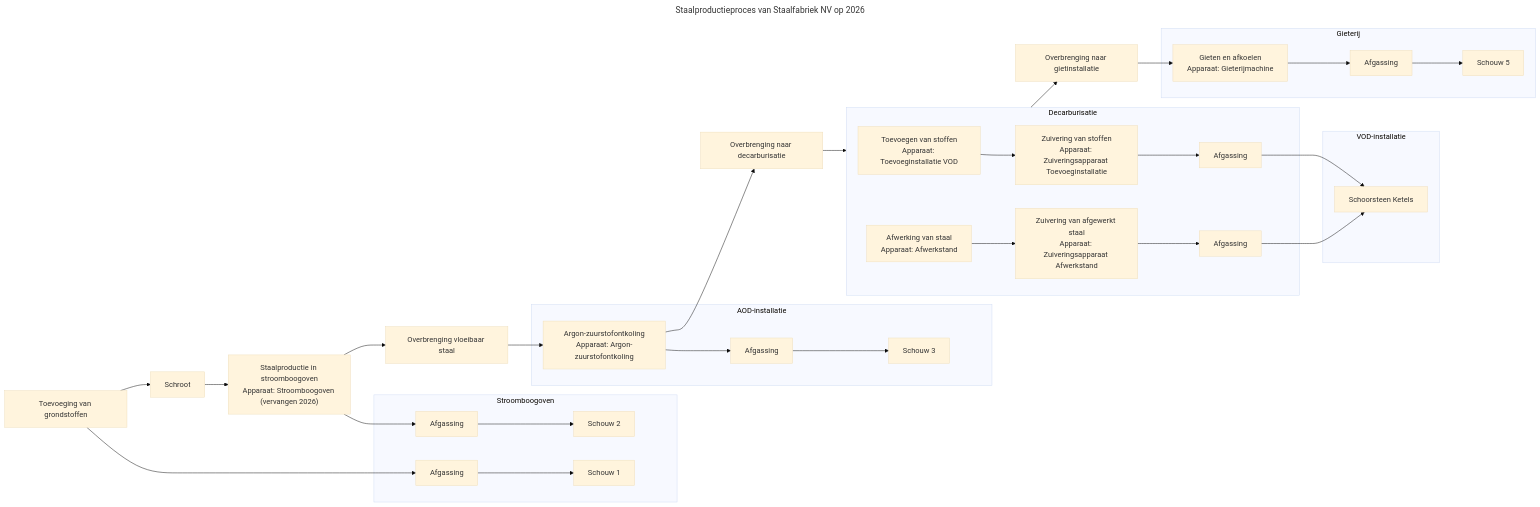
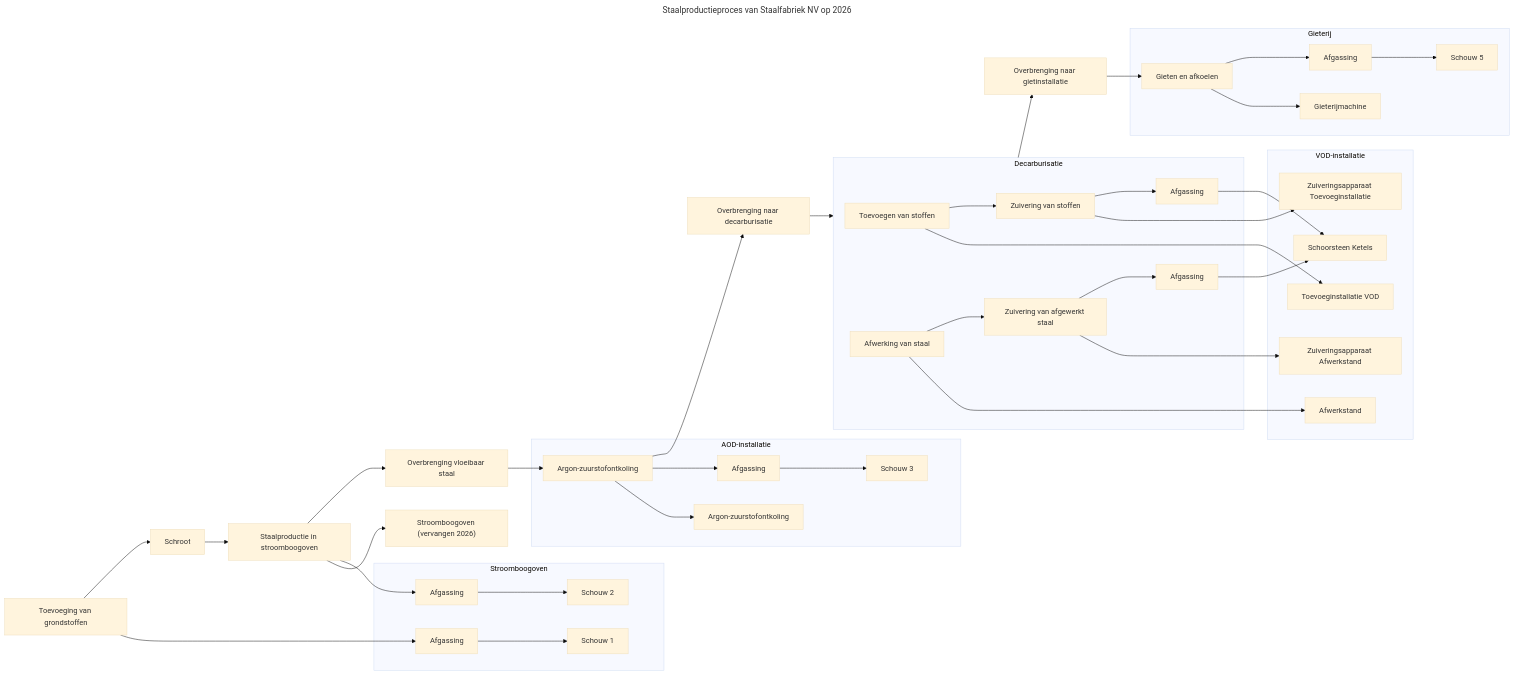
The diagram in documentatie/bin/activiteit-visualisatie/diagrams/0400123123_6851234567_ACTIVITEIT_1_VERSIE2026_proces_0400123123_6851234567_ACTIVITEIT_1_VERSIE2026.mmd (milieuinfo/RIE-IEPR), drawn with Mermaid (base theme) before and after one commit. The commit also changed 23 other files, not shown here.

```diff
--- a/documentatie/bin/activiteit-visualisatie/diagrams/0400123123_6851234567_ACTIVITEIT_1_VERSIE2026_proces_0400123123_6851234567_ACTIVITEIT_1_VERSIE2026.mmd
+++ b/documentatie/bin/activiteit-visualisatie/diagrams/0400123123_6851234567_ACTIVITEIT_1_VERSIE2026_proces_0400123123_6851234567_ACTIVITEIT_1_VERSIE2026.mmd
@@ -1,76 +1,79 @@
 ---
 title: "Staalproductieproces van Staalfabriek NV op 2026"
 ---
 flowchart LR
 subgraph proces_0400123123_6851234567_ACTIVITEIT_1_0009_VERSIE2020["Decarburisatie"]
-proces_0400123123_6851234567_ACTIVITEIT_1_0009_001["Toevoegen van stoffen
-Apparaat: Toevoeginstallatie VOD"]
-proces_0400123123_6851234567_ACTIVITEIT_1_0009_002["Zuivering van stoffen
-Apparaat: Zuiveringsapparaat Toevoeginstallatie"]
+proces_0400123123_6851234567_ACTIVITEIT_1_0009_001["Toevoegen van stoffen"]
+proces_0400123123_6851234567_ACTIVITEIT_1_0009_002["Zuivering van stoffen"]
 proces_0400123123_6851234567_ACTIVITEIT_1_0009_003["Afgassing"]
-proces_0400123123_6851234567_ACTIVITEIT_1_0009_004["Afwerking van staal
-Apparaat: Afwerkstand"]
-proces_0400123123_6851234567_ACTIVITEIT_1_0009_005["Zuivering van afgewerkt staal
-Apparaat: Zuiveringsapparaat Afwerkstand"]
+proces_0400123123_6851234567_ACTIVITEIT_1_0009_004["Afwerking van staal"]
+proces_0400123123_6851234567_ACTIVITEIT_1_0009_005["Zuivering van afgewerkt staal"]
 proces_0400123123_6851234567_ACTIVITEIT_1_0009_006["Afgassing"]
 end
 subgraph installatie_0400123123_6851234567_0000001["Stroomboogoven"]
 emissiepunt_0400123123_6851234567_0000001["Schouw 1"]
 proces_0400123123_6851234567_ACTIVITEIT_1_0002["Afgassing"]
 emissiepunt_0400123123_6851234567_0000002["Schouw 2"]
 proces_0400123123_6851234567_ACTIVITEIT_1_0005["Afgassing"]
 end
 subgraph installatie_0400123123_6851234567_0000002["Gieterij"]
 emissiepunt_0400123123_6851234567_0000005["Schouw 5"]
 proces_0400123123_6851234567_ACTIVITEIT_1_0012["Afgassing"]
-proces_0400123123_6851234567_ACTIVITEIT_1_0011["Gieten en afkoelen
-Apparaat: Gieterijmachine"]
+apparaat_0400123123_6851234567_0002["Gieterijmachine"]
+proces_0400123123_6851234567_ACTIVITEIT_1_0011["Gieten en afkoelen"]
 end
 subgraph installatie_0400123123_6851234567_0000003["VOD-installatie"]
 emissiepunt_0400123123_6851234567_0000004["Schoorsteen Ketels"]
 proces_0400123123_6851234567_ACTIVITEIT_1_0009_003["Afgassing"]
 proces_0400123123_6851234567_ACTIVITEIT_1_0009_006["Afgassing"]
-proces_0400123123_6851234567_ACTIVITEIT_1_0009_001["Toevoegen van stoffen
-Apparaat: Toevoeginstallatie VOD"]
-proces_0400123123_6851234567_ACTIVITEIT_1_0009_005["Zuivering van afgewerkt staal
-Apparaat: Zuiveringsapparaat Afwerkstand"]
-proces_0400123123_6851234567_ACTIVITEIT_1_0009_004["Afwerking van staal
-Apparaat: Afwerkstand"]
-proces_0400123123_6851234567_ACTIVITEIT_1_0009_002["Zuivering van stoffen
-Apparaat: Zuiveringsapparaat Toevoeginstallatie"]
+apparaat_0400123123_6851234567_0003["Toevoeginstallatie VOD"]
+proces_0400123123_6851234567_ACTIVITEIT_1_0009_001["Toevoegen van stoffen"]
+apparaat_0400123123_6851234567_0008["Zuiveringsapparaat Afwerkstand"]
+proces_0400123123_6851234567_ACTIVITEIT_1_0009_005["Zuivering van afgewerkt staal"]
+apparaat_0400123123_6851234567_0007["Afwerkstand"]
+proces_0400123123_6851234567_ACTIVITEIT_1_0009_004["Afwerking van staal"]
+apparaat_0400123123_6851234567_0005["Zuiveringsapparaat Toevoeginstallatie"]
+proces_0400123123_6851234567_ACTIVITEIT_1_0009_002["Zuivering van stoffen"]
 end
 subgraph installatie_0400123123_6851234567_0000004["AOD-installatie"]
 emissiepunt_0400123123_6851234567_0000003["Schouw 3"]
 proces_0400123123_6851234567_ACTIVITEIT_1_0008["Afgassing"]
-proces_0400123123_6851234567_ACTIVITEIT_1_0007["Argon-zuurstofontkoling
-Apparaat: Argon-zuurstofontkoling"]
+apparaat_0400123123_6851234567_0004["Argon-zuurstofontkoling"]
+proces_0400123123_6851234567_ACTIVITEIT_1_0007["Argon-zuurstofontkoling"]
 end
 proces_0400123123_6851234567_ACTIVITEIT_1_0001["Toevoeging van grondstoffen"]
 proces_0400123123_6851234567_ACTIVITEIT_1_0003["Schroot"]
-proces_0400123123_6851234567_ACTIVITEIT_1_0004_VERSIE2026["Staalproductie in stroomboogoven
-Apparaat: Stroomboogoven (vervangen 2026)"]
+apparaat_0400123123_6851234567_0010["Stroomboogoven (vervangen 2026)"]
+proces_0400123123_6851234567_ACTIVITEIT_1_0004_VERSIE2026["Staalproductie in stroomboogoven"]
 proces_0400123123_6851234567_ACTIVITEIT_1_0006["Overbrenging vloeibaar staal"]
 proces_0400123123_6851234567_ACTIVITEIT_1_0008b["Overbrenging naar decarburisatie"]
 proces_0400123123_6851234567_ACTIVITEIT_1_0010["Overbrenging naar gietinstallatie"]
 proces_0400123123_6851234567_ACTIVITEIT_1_0002 --> emissiepunt_0400123123_6851234567_0000001
+proces_0400123123_6851234567_ACTIVITEIT_1_0004_VERSIE2026 --> apparaat_0400123123_6851234567_0010
 proces_0400123123_6851234567_ACTIVITEIT_1_0005 --> emissiepunt_0400123123_6851234567_0000002
+proces_0400123123_6851234567_ACTIVITEIT_1_0007 --> apparaat_0400123123_6851234567_0004
 proces_0400123123_6851234567_ACTIVITEIT_1_0008 --> emissiepunt_0400123123_6851234567_0000003
+proces_0400123123_6851234567_ACTIVITEIT_1_0009_001 --> apparaat_0400123123_6851234567_0003
 proces_0400123123_6851234567_ACTIVITEIT_1_0009_003 --> emissiepunt_0400123123_6851234567_0000004
+proces_0400123123_6851234567_ACTIVITEIT_1_0009_004 --> apparaat_0400123123_6851234567_0007
 proces_0400123123_6851234567_ACTIVITEIT_1_0009_006 --> emissiepunt_0400123123_6851234567_0000004
+proces_0400123123_6851234567_ACTIVITEIT_1_0011 --> apparaat_0400123123_6851234567_0002
 proces_0400123123_6851234567_ACTIVITEIT_1_0012 --> emissiepunt_0400123123_6851234567_0000005
+proces_0400123123_6851234567_ACTIVITEIT_1_0009_002 --> apparaat_0400123123_6851234567_0005
+proces_0400123123_6851234567_ACTIVITEIT_1_0009_005 --> apparaat_0400123123_6851234567_0008
 proces_0400123123_6851234567_ACTIVITEIT_1_0001 --> proces_0400123123_6851234567_ACTIVITEIT_1_0002
 proces_0400123123_6851234567_ACTIVITEIT_1_0001 --> proces_0400123123_6851234567_ACTIVITEIT_1_0003
 proces_0400123123_6851234567_ACTIVITEIT_1_0003 --> proces_0400123123_6851234567_ACTIVITEIT_1_0004_VERSIE2026
 proces_0400123123_6851234567_ACTIVITEIT_1_0004_VERSIE2026 --> proces_0400123123_6851234567_ACTIVITEIT_1_0005
 proces_0400123123_6851234567_ACTIVITEIT_1_0004_VERSIE2026 --> proces_0400123123_6851234567_ACTIVITEIT_1_0006
 proces_0400123123_6851234567_ACTIVITEIT_1_0006 --> proces_0400123123_6851234567_ACTIVITEIT_1_0007
 proces_0400123123_6851234567_ACTIVITEIT_1_0007 --> proces_0400123123_6851234567_ACTIVITEIT_1_0008
 proces_0400123123_6851234567_ACTIVITEIT_1_0007 --> proces_0400123123_6851234567_ACTIVITEIT_1_0008b
 proces_0400123123_6851234567_ACTIVITEIT_1_0008b --> proces_0400123123_6851234567_ACTIVITEIT_1_0009_VERSIE2020
 proces_0400123123_6851234567_ACTIVITEIT_1_0009_001 --> proces_0400123123_6851234567_ACTIVITEIT_1_0009_002
 proces_0400123123_6851234567_ACTIVITEIT_1_0009_002 --> proces_0400123123_6851234567_ACTIVITEIT_1_0009_003
 proces_0400123123_6851234567_ACTIVITEIT_1_0009_004 --> proces_0400123123_6851234567_ACTIVITEIT_1_0009_005
 proces_0400123123_6851234567_ACTIVITEIT_1_0009_005 --> proces_0400123123_6851234567_ACTIVITEIT_1_0009_006
 proces_0400123123_6851234567_ACTIVITEIT_1_0009_VERSIE2020 --> proces_0400123123_6851234567_ACTIVITEIT_1_0010
 proces_0400123123_6851234567_ACTIVITEIT_1_0010 --> proces_0400123123_6851234567_ACTIVITEIT_1_0011
 proces_0400123123_6851234567_ACTIVITEIT_1_0011 --> proces_0400123123_6851234567_ACTIVITEIT_1_0012
```
